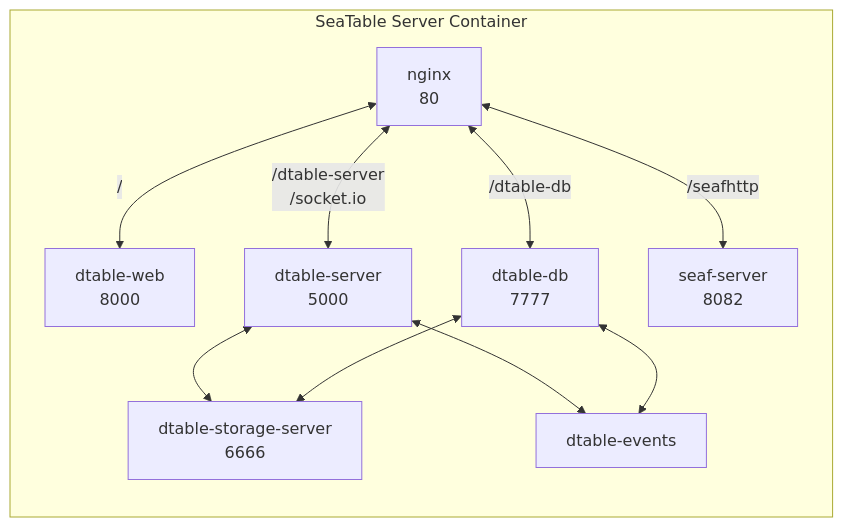
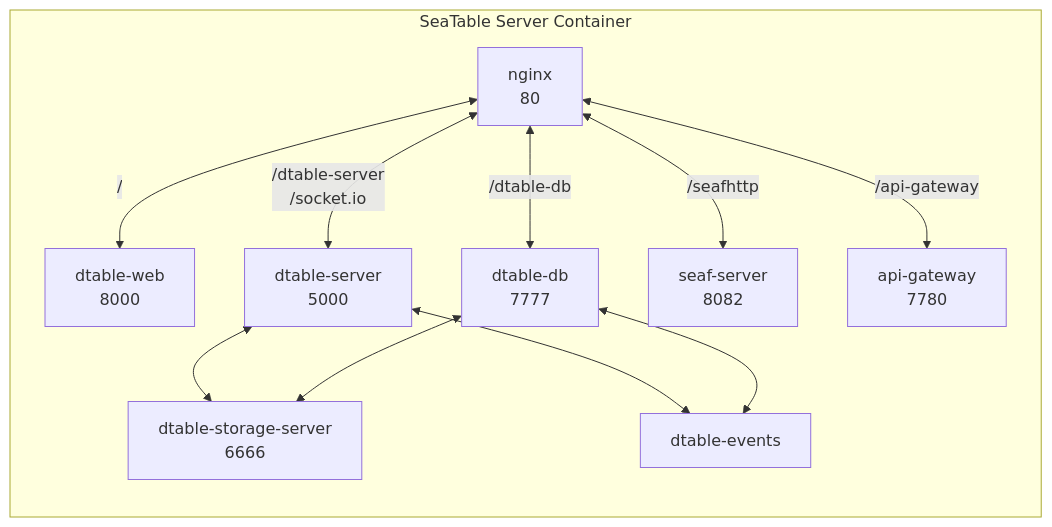
Before and after one commit to seatable/seatable-admin-docs: the second of 2 diagrams in docs/introduction/architecture.md, drawn with Mermaid.

Commit message:
Update architecture.md
Added api-gateway to seatable-server container

````diff
--- a/docs/introduction/architecture.md
+++ b/docs/introduction/architecture.md
@@ -43,20 +43,22 @@
 ```mermaid
 flowchart LR
     subgraph s[SeaTable Server Container]
         A[nginx<br/>80]
         B[dtable-web<br/>8000]
         C[dtable-server<br/>5000]
         D[dtable-db<br/>7777]
         E[seaf-server<br/>8082]
         G[dtable-events]
         F[dtable-storage-server<br/>6666]
+        H[api-gateway<br/>7780]
         A<-- / -->B
         A<-- /dtable-server<br/>/socket.io -->C
         A<-- /dtable-db -->D
         A<-- /seafhttp -->E
+        A<-- /api-gateway -->H
         C<-->F
         D<-->F
         C<-->G
         D<-->G
     end
 ```
````
